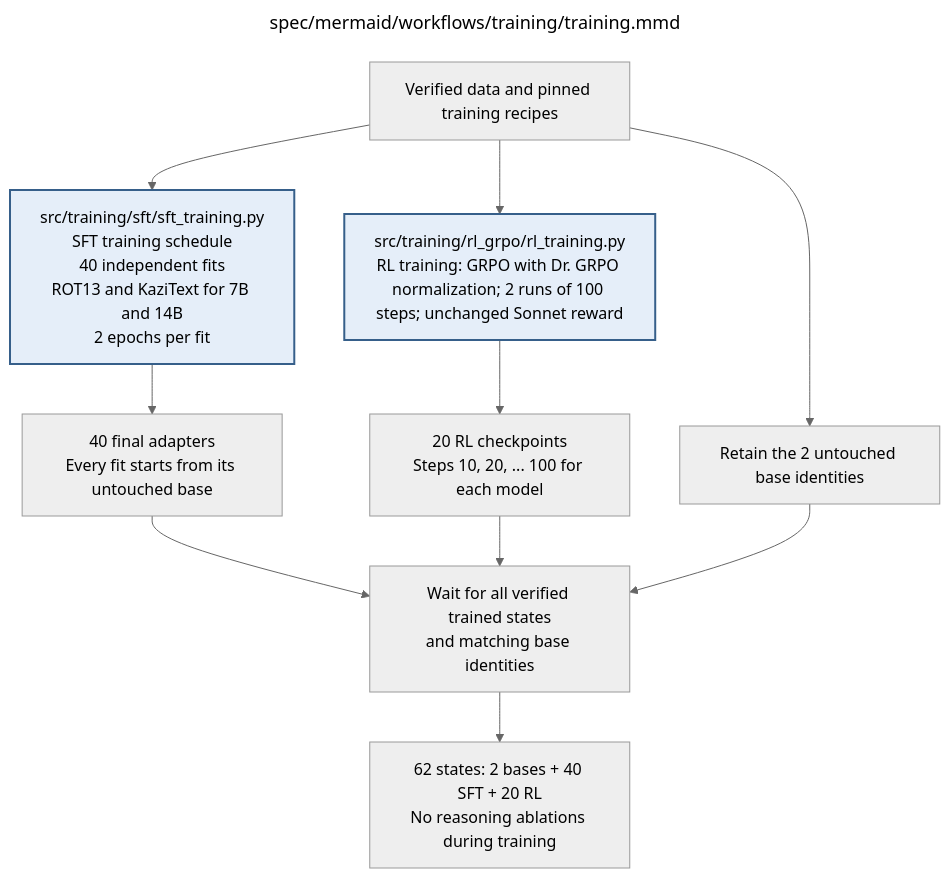
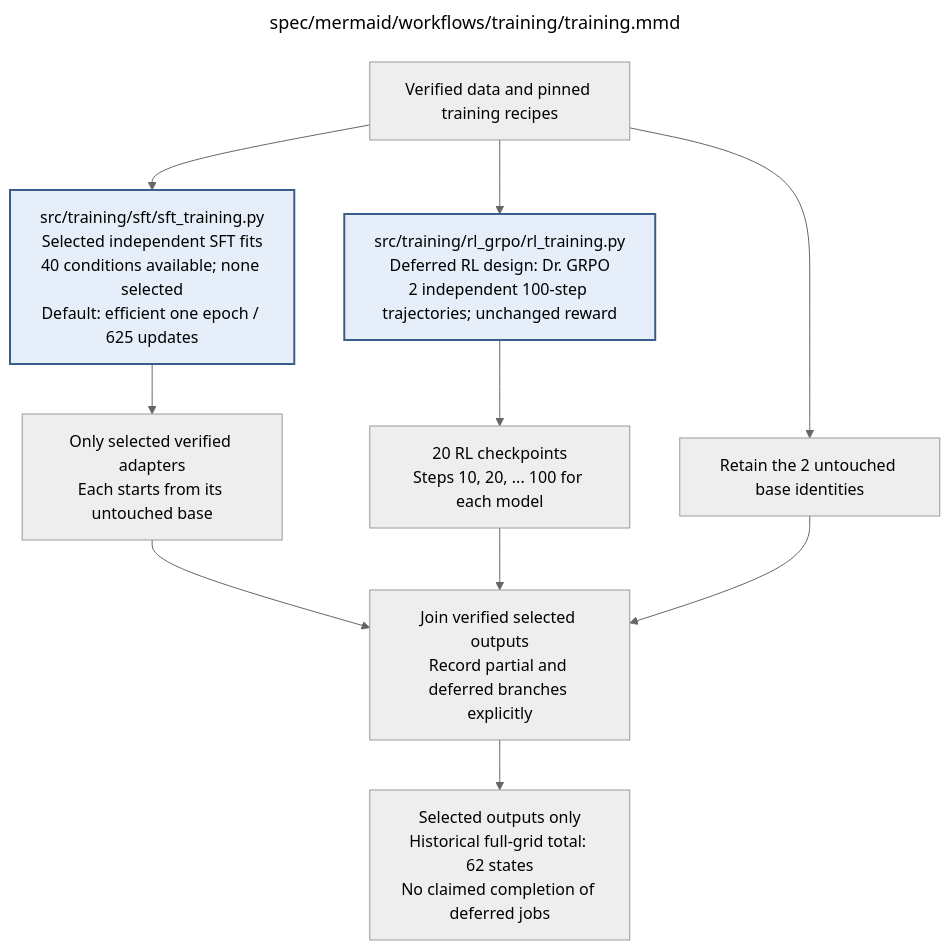
One commit to AJUNNYC/inducing_persistent_textual_chain_of_thought_illegibility changed the diagram in docs/modules/training/training.md. Above: the diagram before and after it, drawn with Mermaid (neutral theme). The commit also changed other lines of this file and 30 other files, not shown here.

Commit message:
Integrate final SFT decisions into protocol PDF, diagrams and documentation

````diff
--- a/docs/modules/training/training.md
+++ b/docs/modules/training/training.md
@@ -50,38 +52,41 @@
 ```mermaid
 ---
 title: "spec/mermaid/workflows/training/training.mmd"
 ---
 flowchart TD
 %% Training
+%% Active default: efficient_one_epoch_v1, per explicitly selected SFT condition.
+%% Forty conditions remain available; no model/family/level selected and all training PAUSED.
+%% Legacy full-grid62state accounting is preserved, not an active launch instruction.
 %% Edit quoted node labels directly; this is native Mermaid.
 %% Execution contract: known faults use bounded recovery; unclassified/persistent faults stop the worker.
 %% Frozen invalid inputs are fatal. Unrecoverable child failures propagate; never release incomplete results.
 %% RL uses the same fixed 800 questions and order for both sizes. Four rollouts form each GRPO group.
 %% Independent SFT family queues run on their own GPUs; RL model trajectories run sequentially.
 %% Exact-condition full checkpoints may resume a run; another level's adapter is never a warm start.
 %% No training-time reasoning ablations. Earlier valid outputs are preserved if a worker stops.
 %% RL uses GRPO with Dr. GRPO loss normalization and the fixed settings in rl_grpo/setup/rl_setup.mmd.
 %% The post-training GPT4o artifact audit does not change the Sonnet two-pass training reward.
 %% Child: SFT => sft/sft_training.mmd
 %% Child: RL => rl_grpo/rl_training.mmd
     INPUT["Verified data and pinned training recipes"]
-    SFT["src/training/sft/sft_training.py<br/>SFT training schedule<br/>40 independent fits<br/>ROT13 and KaziText for 7B and 14B<br/>2 epochs per fit"]
-    SFTOUT["40 final adapters<br/>Every fit starts from its untouched base"]
-    RL["src/training/rl_grpo/rl_training.py<br/>RL training: GRPO with Dr. GRPO normalization; 2 runs of 100 steps; unchanged Sonnet reward"]
+    SFT["src/training/sft/sft_training.py<br/>Selected independent SFT fits<br/>40 conditions available; none selected<br/>Default: efficient one epoch / 625 updates"]
+    SFTOUT["Only selected verified adapters<br/>Each starts from its untouched base"]
+    RL["src/training/rl_grpo/rl_training.py<br/>Deferred RL design: Dr. GRPO<br/>2 independent 100-step trajectories; unchanged reward"]
     RLOUT["20 RL checkpoints<br/>Steps 10, 20, ... 100 for each model"]
     BASE["Retain the 2 untouched base identities"]
-    WAIT["Wait for all verified trained states<br/>and matching base identities"]
-    OUT["62 states: 2 bases + 40 SFT + 20 RL<br/>No reasoning ablations during training"]
+    WAIT["Join verified selected outputs<br/>Record partial and deferred branches explicitly"]
+    OUT["Selected outputs only<br/>Historical full-grid total: 62 states<br/>No claimed completion of deferred jobs"]
     INPUT --> SFT --> SFTOUT --> WAIT
     INPUT --> RL --> RLOUT --> WAIT
     INPUT --> BASE --> WAIT
     WAIT --> OUT
     classDef detail fill:#e5eef9,stroke:#365f8a,stroke-width:2px
     class SFT,RL detail
 
 %% Repository module: src/training/training.py
 %% Module documentation: docs/modules/training/training.md
 %% Unit test: tests/unit/training/test_training.py
 %% Owner: coordinator
 %% Source sections: 2; C.2–C.3; E.1.1; E.2.2; H.7,H.9
 ```
````
